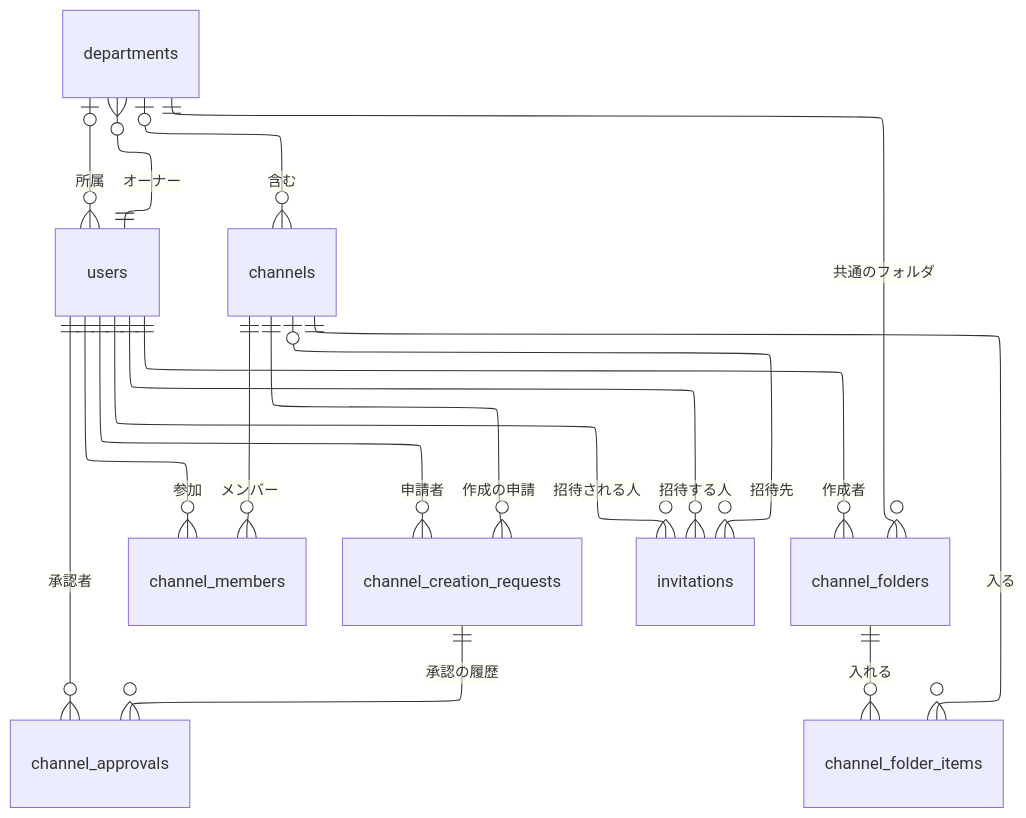
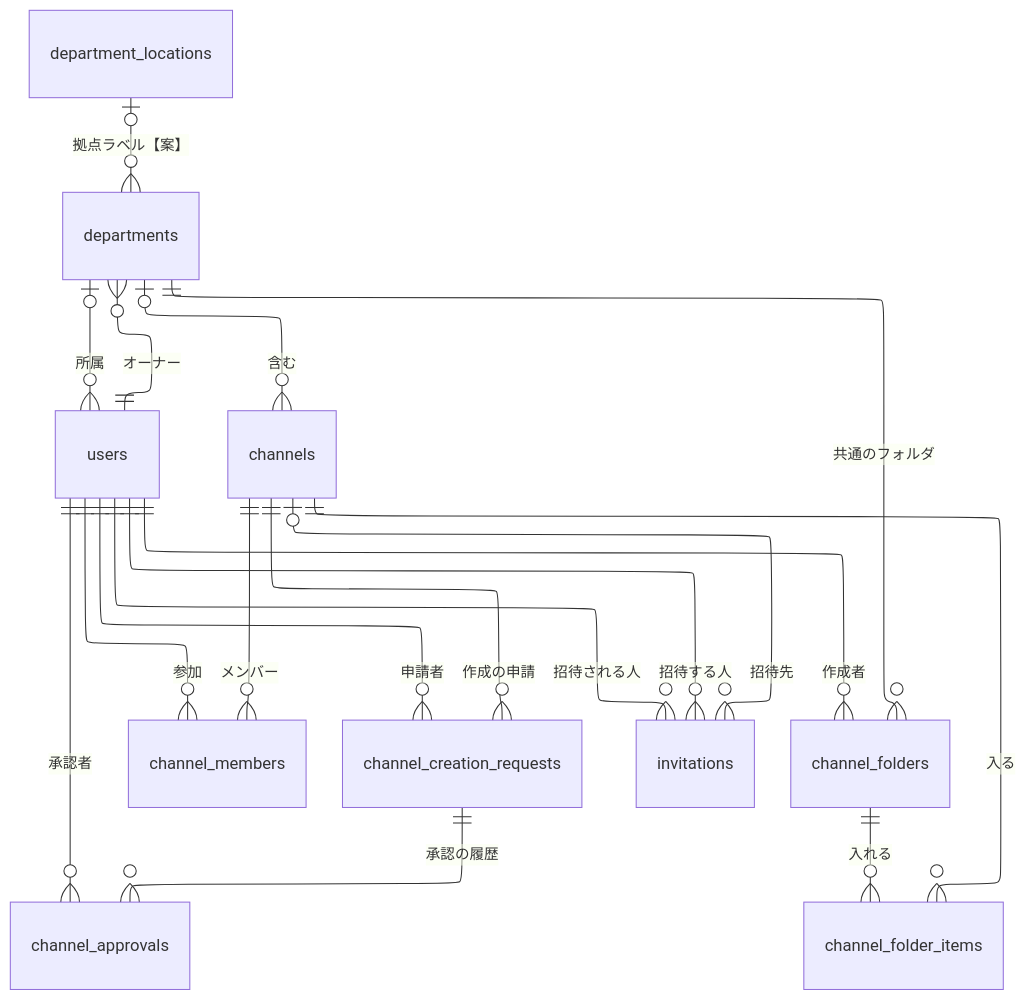
The second of 8 diagrams in docs/requirements/data-model.md (yamamotonaoki3/internal-system), drawn with Mermaid before and after one commit. The commit also changed other lines of this file and 14 other files, not shown here.

````diff
--- a/docs/requirements/data-model.md
+++ b/docs/requirements/data-model.md
@@ -57,23 +59,24 @@
 ```mermaid
 ---
 config:
   layout: elk
 ---
 erDiagram
     users ||--o{ departments : "オーナー"
     departments |o--o{ users : "所属"
     departments |o--o{ channels : "含む"
     channels ||--o{ channel_members : "メンバー"
     users ||--o{ channel_members : "参加"
     channels ||--o{ channel_creation_requests : "作成の申請"
     channel_creation_requests ||--o{ channel_approvals : "承認の履歴"
     users ||--o{ channel_creation_requests : "申請者"
     users ||--o{ channel_approvals : "承認者"
     channels |o--o{ invitations : "招待先"
     users ||--o{ invitations : "招待する人"
     users ||--o{ invitations : "招待される人"
     departments ||--o{ channel_folders : "共通のフォルダ"
     users ||--o{ channel_folders : "作成者"
     channel_folders ||--o{ channel_folder_items : "入れる"
     channels ||--o{ channel_folder_items : "入る"
+    department_locations |o--o{ departments : "拠点ラベル【案】"
 ```
````
